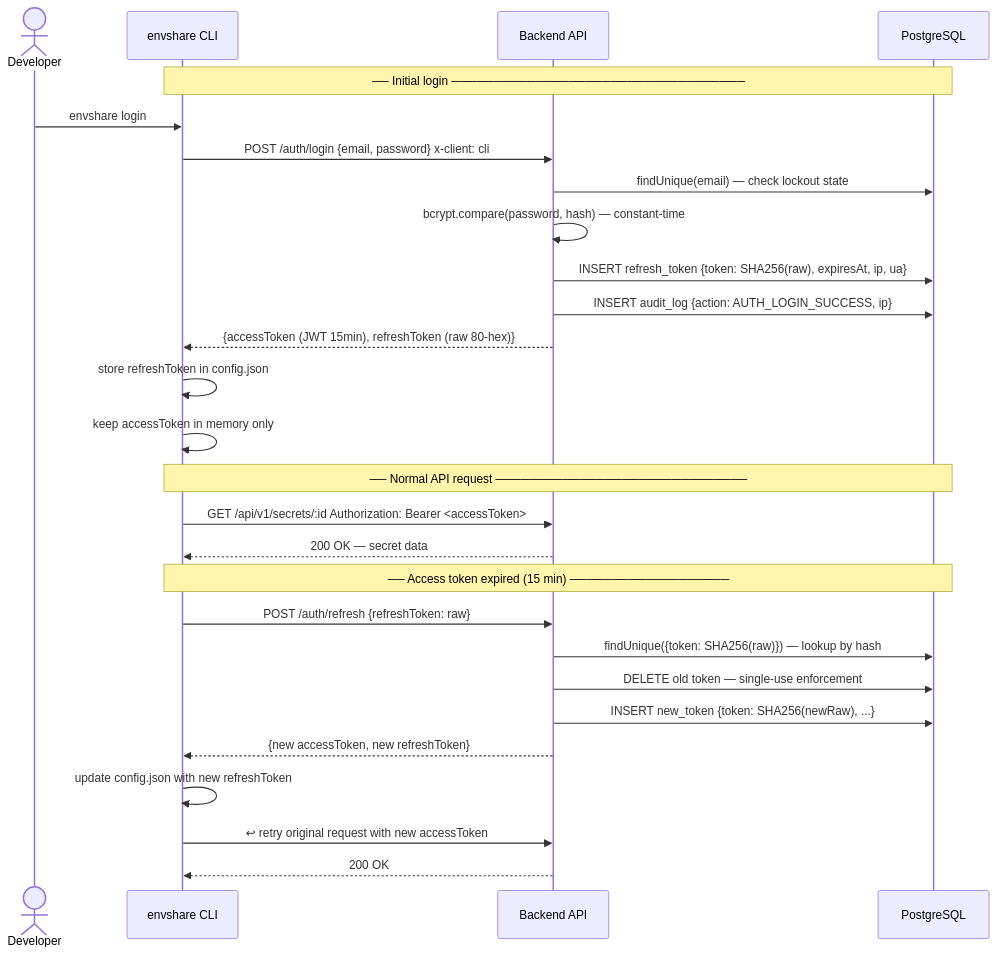
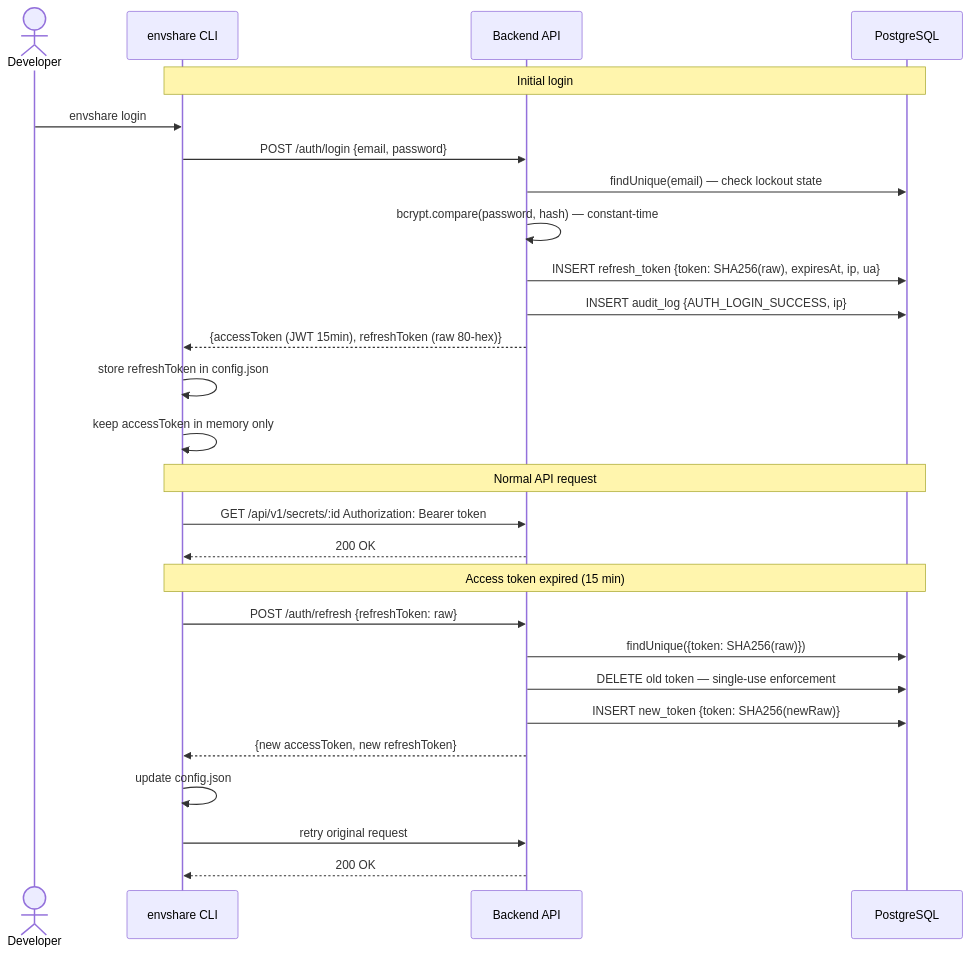
One commit to s-pl/envShare changed the third of 5 diagrams in README.md. Above: the diagram before and after it, drawn with Mermaid. The commit also changed other lines of this file and 41 other files, not shown here.

````diff
--- a/README.md
+++ b/README.md
@@ -118,32 +129,32 @@
 ```mermaid
 sequenceDiagram
     actor Dev as Developer
     participant CLI as envshare CLI
     participant API as Backend API
     participant DB as PostgreSQL
 
-    Note over CLI,DB: ── Initial login ───────────────────────────────────
+    Note over CLI,DB: Initial login
     Dev->>CLI: envshare login
-    CLI->>API: POST /auth/login  {email, password}  x-client: cli
+    CLI->>API: POST /auth/login  {email, password}
     API->>DB: findUnique(email) — check lockout state
     API->>API: bcrypt.compare(password, hash) — constant-time
     API->>DB: INSERT refresh_token  {token: SHA256(raw), expiresAt, ip, ua}
-    API->>DB: INSERT audit_log  {action: AUTH_LOGIN_SUCCESS, ip}
+    API->>DB: INSERT audit_log  {AUTH_LOGIN_SUCCESS, ip}
     API-->>CLI: {accessToken (JWT 15min), refreshToken (raw 80-hex)}
     CLI->>CLI: store refreshToken in config.json
     CLI->>CLI: keep accessToken in memory only
 
-    Note over CLI,DB: ── Normal API request ──────────────────────────────
-    CLI->>API: GET /api/v1/secrets/:id  Authorization: Bearer <accessToken>
-    API-->>CLI: 200 OK — secret data
+    Note over CLI,DB: Normal API request
+    CLI->>API: GET /api/v1/secrets/:id  Authorization: Bearer token
+    API-->>CLI: 200 OK
 
-    Note over CLI,DB: ── Access token expired (15 min) ───────────────────
+    Note over CLI,DB: Access token expired (15 min)
     CLI->>API: POST /auth/refresh  {refreshToken: raw}
-    API->>DB: findUnique({token: SHA256(raw)}) — lookup by hash
+    API->>DB: findUnique({token: SHA256(raw)})
     API->>DB: DELETE old token — single-use enforcement
-    API->>DB: INSERT new_token  {token: SHA256(newRaw), ...}
+    API->>DB: INSERT new_token  {token: SHA256(newRaw)}
     API-->>CLI: {new accessToken, new refreshToken}
-    CLI->>CLI: update config.json with new refreshToken
-    CLI->>API: ↩ retry original request with new accessToken
+    CLI->>CLI: update config.json
+    CLI->>API: retry original request
     API-->>CLI: 200 OK
 ```
````
